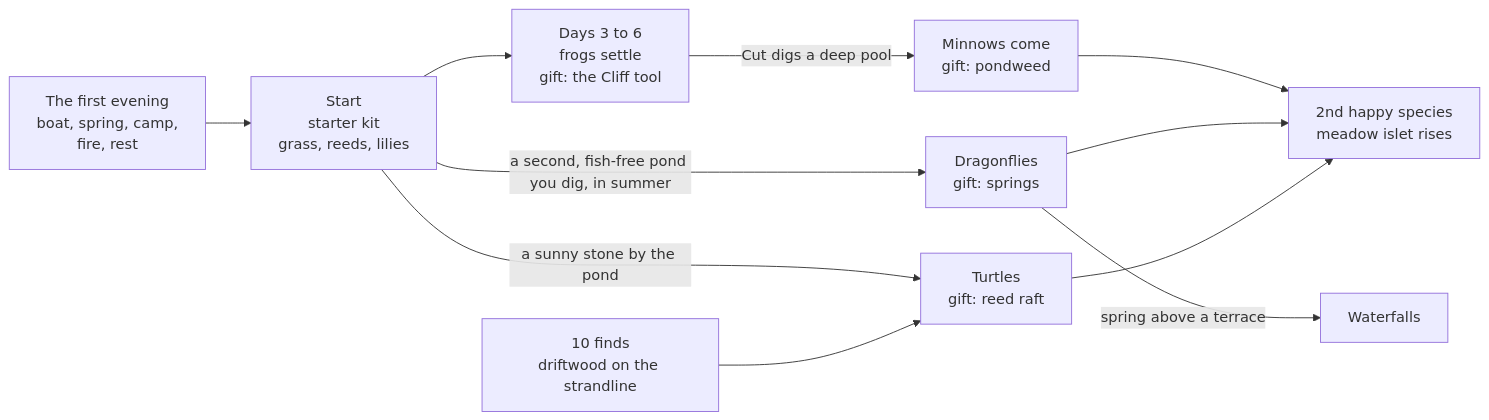
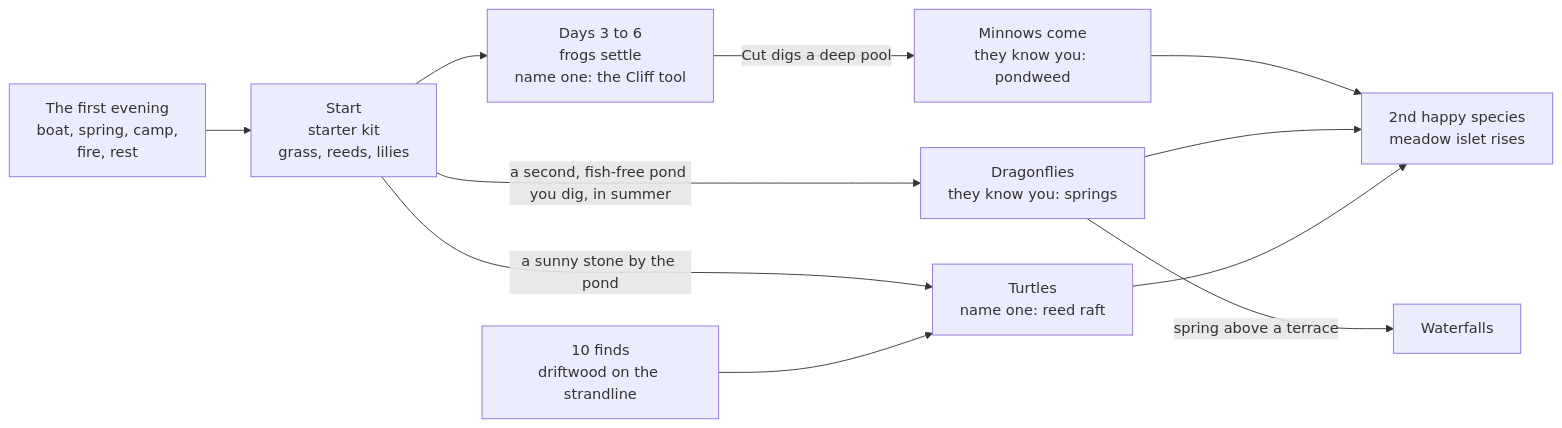
Before and after one commit to mshomper/ebb: the first of 3 diagrams in docs/13-progression-and-expansion.md, drawn with Mermaid. The commit also changed other lines of this file and 44 other files, not shown here.

````diff
--- a/docs/13-progression-and-expansion.md
+++ b/docs/13-progression-and-expansion.md
@@ -36,13 +36,13 @@
 ```mermaid
 flowchart LR
   E[The first evening<br/>boat, spring, camp,<br/>fire, rest] --> S
-  S[Start<br/>starter kit<br/>grass, reeds, lilies] --> F[Days 3 to 6<br/>frogs settle<br/>gift: the Cliff tool]
-  F -->|Cut digs a deep pool| M[Minnows come<br/>gift: pondweed]
-  S -->|a second, fish-free pond you dig, in summer| D[Dragonflies<br/>gift: springs]
+  S[Start<br/>starter kit<br/>grass, reeds, lilies] --> F[Days 3 to 6<br/>frogs settle<br/>name one: the Cliff tool]
+  F -->|Cut digs a deep pool| M[Minnows come<br/>they know you: pondweed]
+  S -->|a second, fish-free pond you dig, in summer| D[Dragonflies<br/>they know you: springs]
   D -->|spring above a terrace| W[Waterfalls]
-  S -->|a sunny stone by the pond| T[Turtles<br/>gift: reed raft]
+  S -->|a sunny stone by the pond| T[Turtles<br/>name one: reed raft]
   N[10 finds<br/>driftwood on the strandline] --> T
   M --> L[2nd happy species<br/>meadow islet rises]
   D --> L
   T --> L
 ```
````
